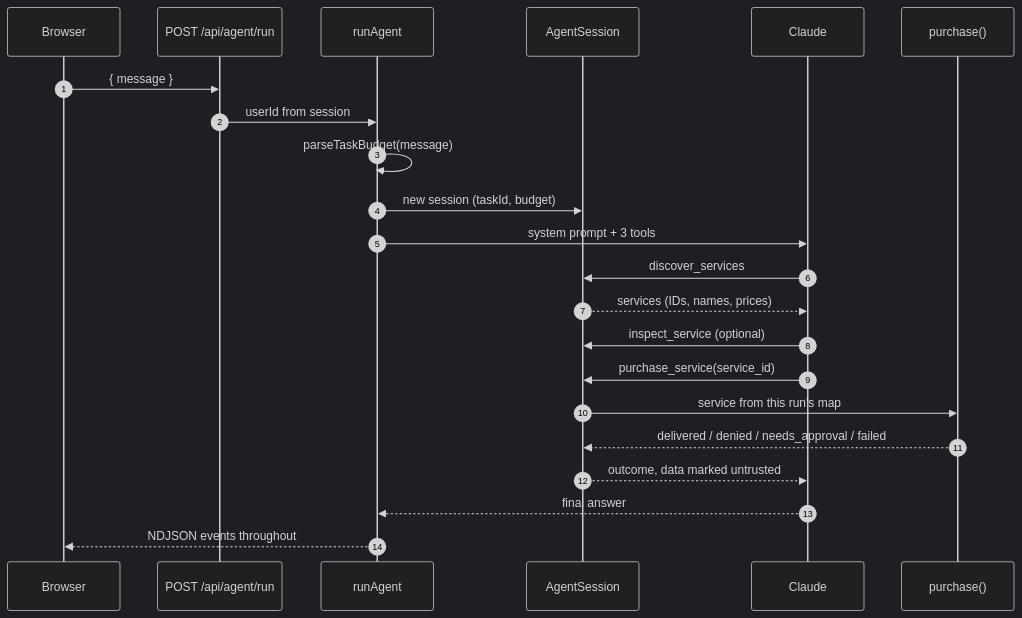
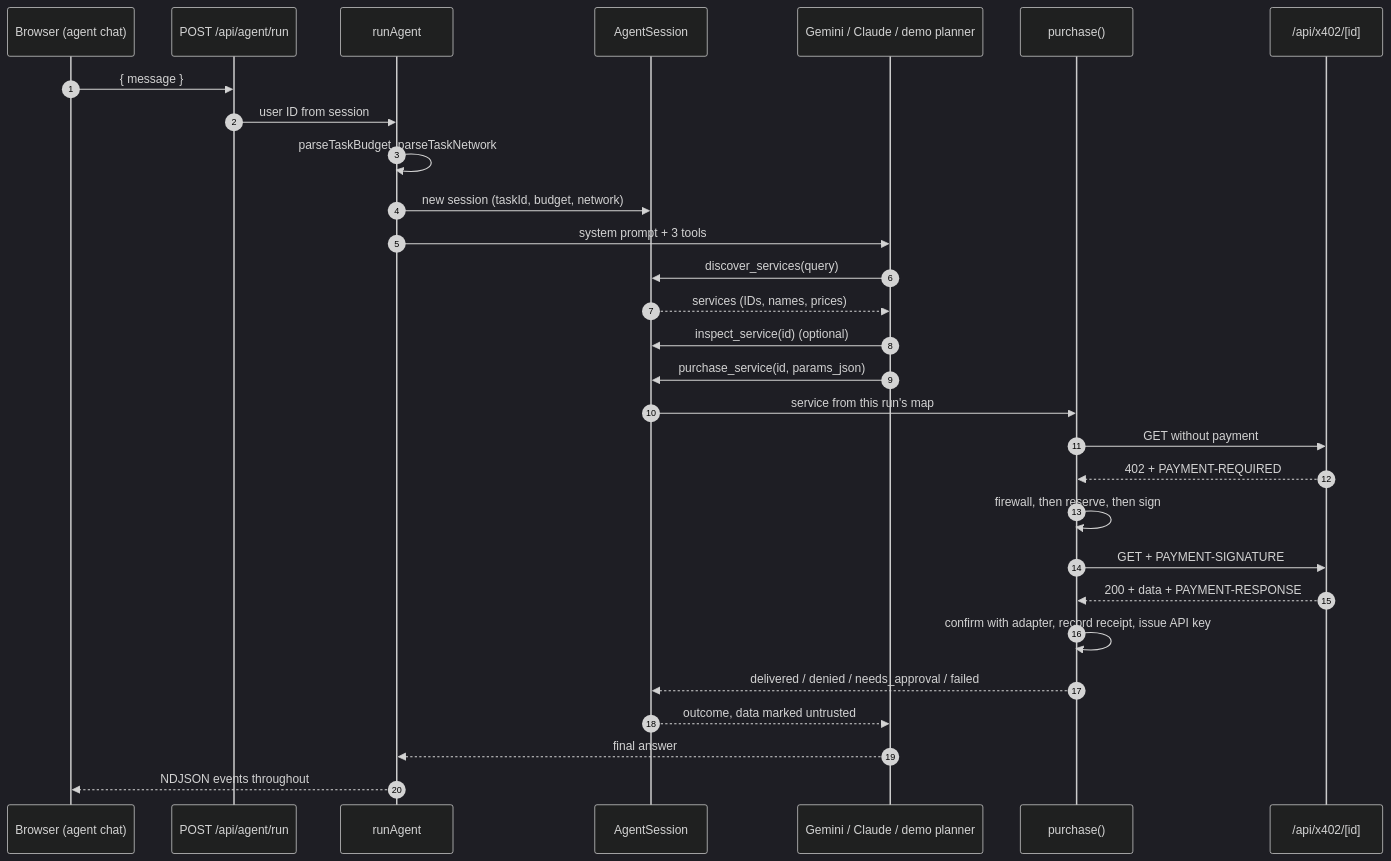
One commit to d-even/Spica changed the second of 3 diagrams in docs/architecture.md. Above: the diagram before and after it, drawn with Mermaid (dark theme). The commit also changed other lines of this file and 14 other files, not shown here.

````diff
--- a/docs/architecture.md
+++ b/docs/architecture.md
@@ -77,24 +108,31 @@
 ```mermaid
 sequenceDiagram
     autonumber
-    participant B as Browser
+    participant B as Browser (agent chat)
     participant R as POST /api/agent/run
     participant A as runAgent
     participant S as AgentSession
-    participant C as Claude
+    participant M as Gemini / Claude / demo planner
     participant P as purchase()
+    participant X as /api/x402/[id]
     B->>R: { message }
-    R->>A: userId from session
-    A->>A: parseTaskBudget(message)
-    A->>S: new session (taskId, budget)
-    A->>C: system prompt + 3 tools
-    C->>S: discover_services
-    S-->>C: services (IDs, names, prices)
-    C->>S: inspect_service (optional)
-    C->>S: purchase_service(service_id)
+    R->>A: user ID from session
+    A->>A: parseTaskBudget, parseTaskNetwork
+    A->>S: new session (taskId, budget, network)
+    A->>M: system prompt + 3 tools
+    M->>S: discover_services(query)
+    S-->>M: services (IDs, names, prices)
+    M->>S: inspect_service(id) (optional)
+    M->>S: purchase_service(id, params_json)
     S->>P: service from this run's map
+    P->>X: GET without payment
+    X-->>P: 402 + PAYMENT-REQUIRED
+    P->>P: firewall, then reserve, then sign
+    P->>X: GET + PAYMENT-SIGNATURE
+    X-->>P: 200 + data + PAYMENT-RESPONSE
+    P->>P: confirm with adapter, record receipt, issue API key
     P-->>S: delivered / denied / needs_approval / failed
-    S-->>C: outcome, data marked untrusted
-    C-->>A: final answer
+    S-->>M: outcome, data marked untrusted
+    M-->>A: final answer
     A-->>B: NDJSON events throughout
 ```
````
